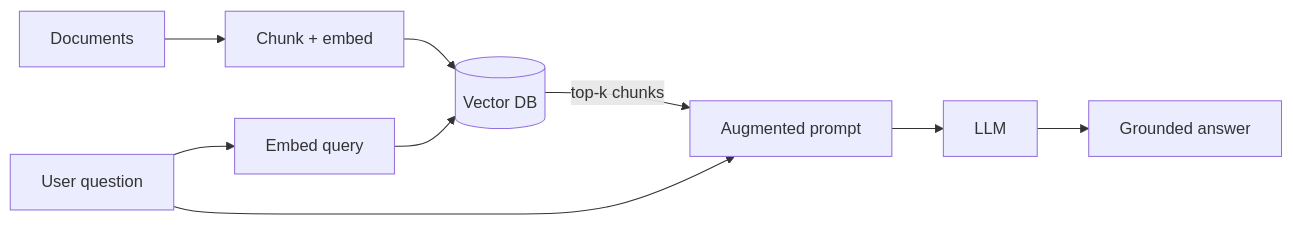
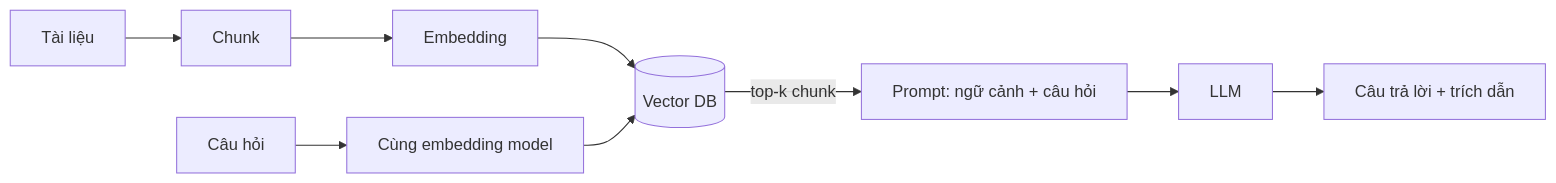
One commit to passion-Infinity/personal-tech-playbook changed the diagram in src/assets/knowledge/playbooks/ai-ml/rag-retrieval-augmented-generation.md. Above: the diagram before and after it, drawn with Mermaid. The commit also changed other lines of this file and 4 other files, not shown here.

````diff
--- a/src/assets/knowledge/playbooks/ai-ml/rag-retrieval-augmented-generation.md
+++ b/src/assets/knowledge/playbooks/ai-ml/rag-retrieval-augmented-generation.md
@@ -19,10 +42,6 @@
 ```mermaid
 flowchart LR
-    DOC[Documents] --> CH[Chunk + embed]
-    CH --> VDB[(Vector DB)]
-    Q[User question] --> QE[Embed query]
-    QE --> VDB
-    VDB -->|top-k chunks| PR[Augmented prompt]
-    Q --> PR
-    PR --> LLM[LLM] --> ANS[Grounded answer]
+    DOC["Tài liệu"] --> CH["Chunk"] --> EMB["Embedding"] --> VDB[("Vector DB")]
+    Q["Câu hỏi"] --> EMB2["Cùng embedding model"] --> VDB
+    VDB -->|"top-k chunk"| PR["Prompt: ngữ cảnh + câu hỏi"] --> LLM --> A["Câu trả lời + trích dẫn"]
 ```
````
